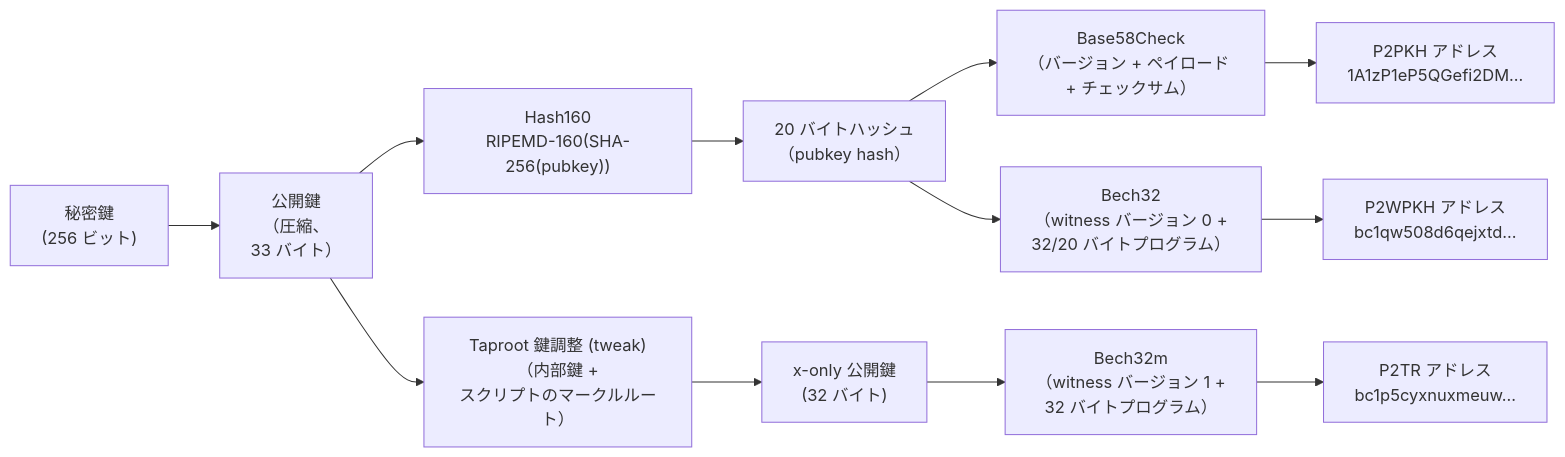
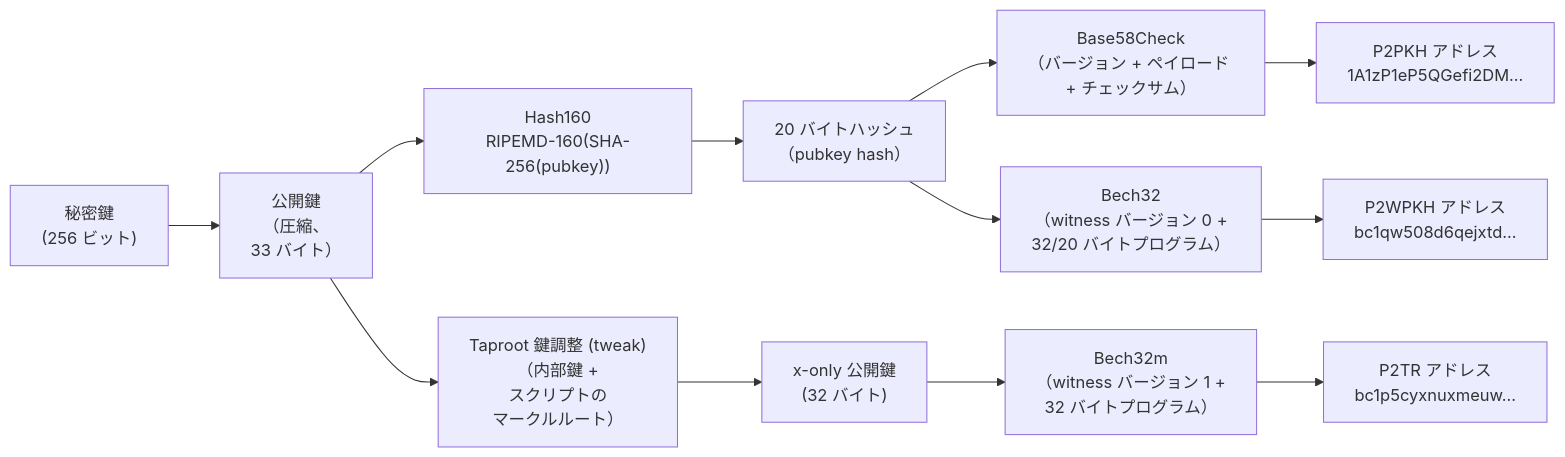
One commit to cypher256/BitcoinArchive changed the fourth of 5 diagrams in src/data/translations/ja/design/2009-01-03-bitcoin-cryptography-design.md. Above: the diagram before and after it, drawn with Mermaid. The commit also changed other lines of this file and 11 other files, not shown here.

First line of the commit message:
JA Mermaid labels: wrap long CJK labels (mermaid-ja-wrap, 12 design docs)

````diff
--- a/src/data/translations/ja/design/2009-01-03-bitcoin-cryptography-design.md
+++ b/src/data/translations/ja/design/2009-01-03-bitcoin-cryptography-design.md
@@ -161,17 +161,17 @@
 ```mermaid
 flowchart LR
-    SK["秘密鍵\n(256 ビット)"] --> PK["公開鍵\n（圧縮、\n33 バイト）"]
+    SK["秘密鍵\n(256 ビット)"] --> PK["公開鍵<br/>（圧縮、<br/>33 バイト）"]
     PK --> HASH["Hash160\nRIPEMD-160(SHA-256(pubkey))"]
-    HASH --> PAYLOAD["20 バイトハッシュ\n（pubkey hash）"]
+    HASH --> PAYLOAD["20 バイトハッシュ<br/>（pubkey hash）"]
 
-    PAYLOAD --> B58["Base58Check\n（バージョン + ペイロード + チェックサム）"]
-    B58 --> P2PKH["P2PKH アドレス\n1A1zP1eP5QGefi2DM..."]
+    PAYLOAD --> B58["Base58Check<br/>（バージョン + ペイロード + チェックサム）"]
+    B58 --> P2PKH["P2PKH アドレス<br/>1A1zP1eP5QGefi2DM..."]
 
     PAYLOAD --> BECH32["Bech32\n（witness バージョン 0 +\n32/20 バイトプログラム）"]
-    BECH32 --> P2WPKH["P2WPKH アドレス\nbc1qw508d6qejxtd..."]
+    BECH32 --> P2WPKH["P2WPKH アドレス<br/>bc1qw508d6qejxtd..."]
 
-    PK --> TWEAK["Taproot 鍵調整 (tweak)\n（内部鍵 +\nスクリプトのマークルルート）"]
+    PK --> TWEAK["Taproot 鍵調整 (tweak)<br/>（内部鍵 +<br/>スクリプトの<br/>マークルルート）"]
     TWEAK --> XONLY["x-only 公開鍵\n(32 バイト)"]
     XONLY --> BECH32M["Bech32m\n（witness バージョン 1 +\n32 バイトプログラム）"]
-    BECH32M --> P2TR["P2TR アドレス\nbc1p5cyxnuxmeuw..."]
+    BECH32M --> P2TR["P2TR アドレス<br/>bc1p5cyxnuxmeuw..."]
 ```
````
